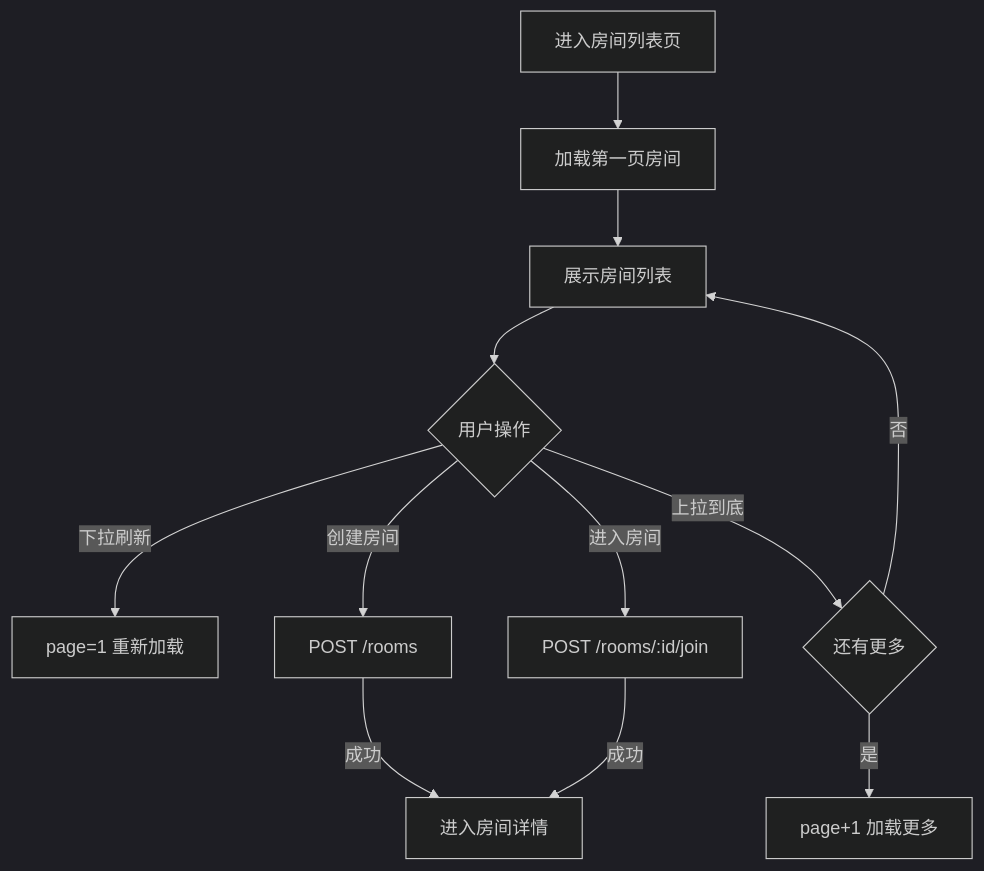
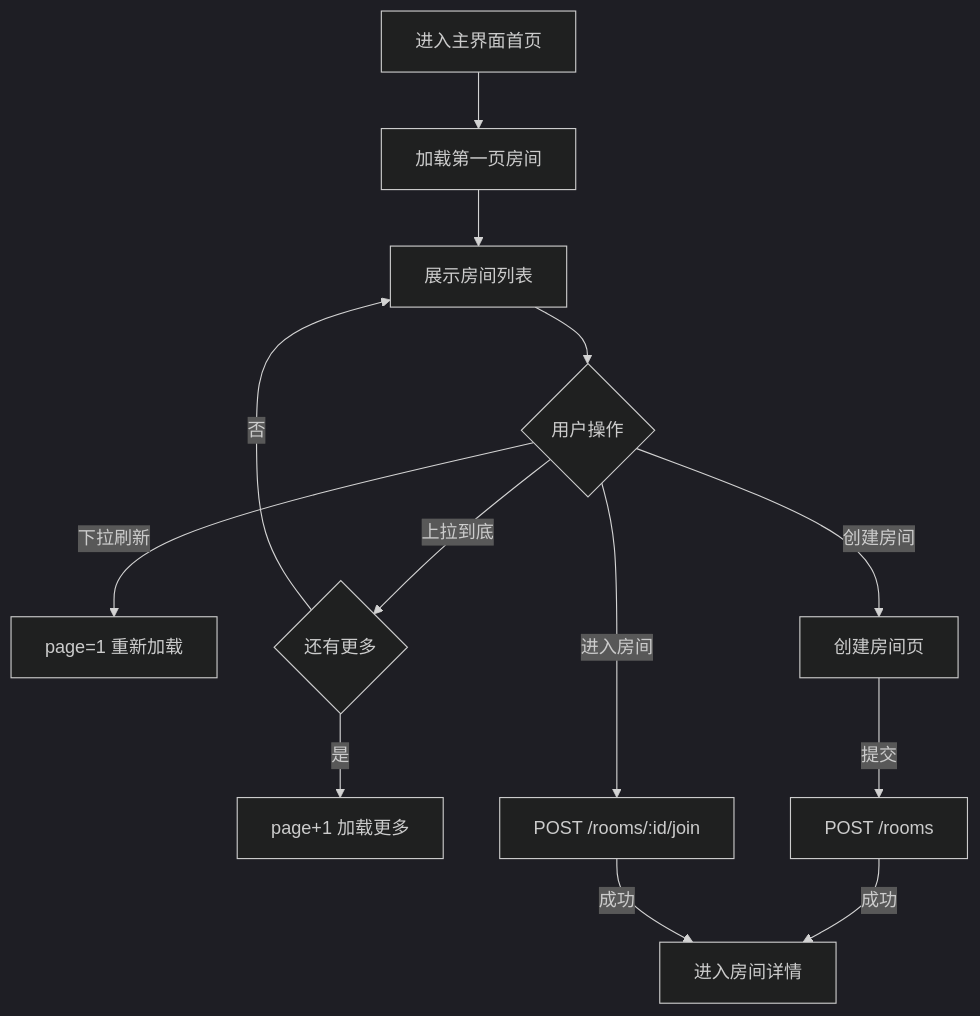
One commit to DancingCodes/room-app changed the third of 10 diagrams in docs/客户端逻辑设计.md. Above: the diagram before and after it, drawn with Mermaid (dark theme). The commit also changed other lines of this file and 3 other files, not shown here.

````diff
--- a/docs/客户端逻辑设计.md
+++ b/docs/客户端逻辑设计.md
@@ -56,14 +56,15 @@
 ```mermaid
 flowchart TD
-    A[进入房间列表页] --> B[加载第一页房间]
+    A[进入主界面首页] --> B[加载第一页房间]
     B --> C[展示房间列表]
     C --> D{用户操作}
     D -- 下拉刷新 --> E[page=1 重新加载]
     D -- 上拉到底 --> F{还有更多}
     F -- 是 --> G[page+1 加载更多]
     F -- 否 --> C
-    D -- 创建房间 --> H[POST /rooms]
+    D -- 创建房间 --> H[创建房间页]
     D -- 进入房间 --> I[POST /rooms/:id/join]
-    H -- 成功 --> J[进入房间详情]
+    H -- 提交 --> K[POST /rooms]
+    K -- 成功 --> J[进入房间详情]
     I -- 成功 --> J
 ```
````
